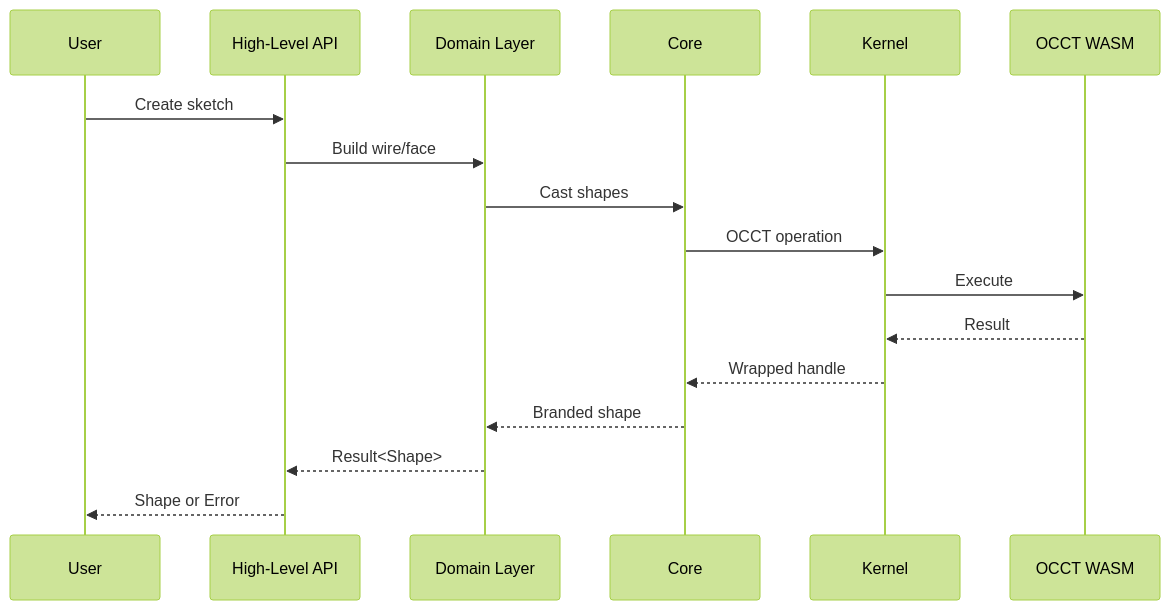
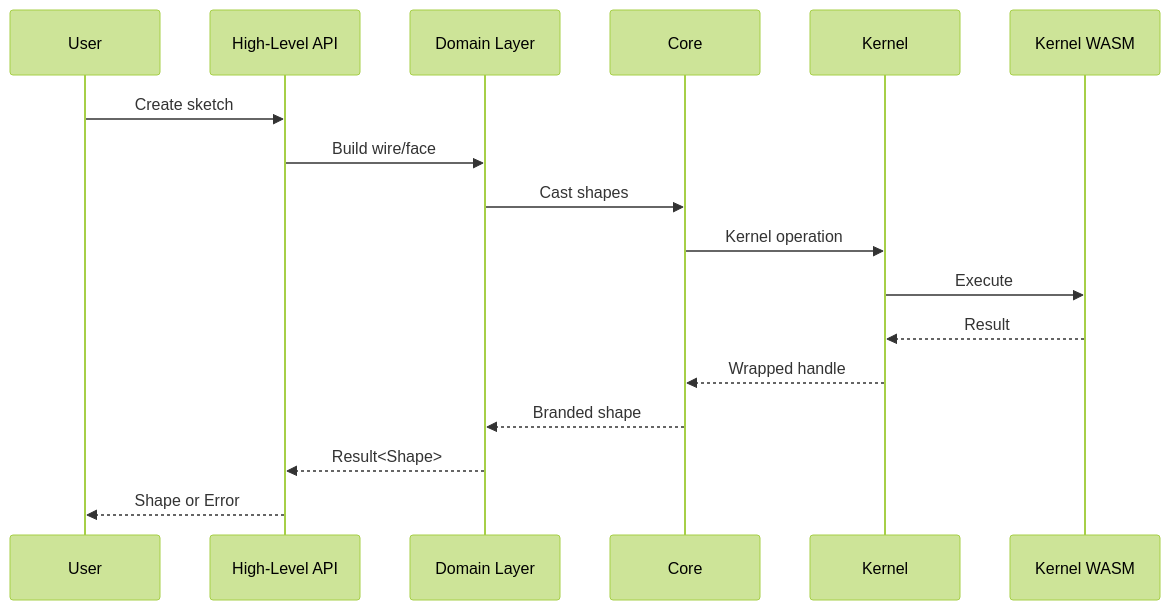
One commit to andymai/brepjs changed the second of 2 diagrams in docs/architecture.md. Above: the diagram before and after it, drawn with Mermaid (forest theme). The commit also changed other lines of this file and 52 other files, not shown here.

First line of the commit message:
refactor(kernel): complete kernel abstraction and remove OCCT coupling from docs

````diff
--- a/docs/architecture.md
+++ b/docs/architecture.md
@@ -124,20 +124,20 @@
 ```mermaid
 sequenceDiagram
     participant User
     participant API as High-Level API
     participant Domain as Domain Layer
     participant Core
     participant Kernel
-    participant WASM as OCCT WASM
+    participant WASM as Kernel WASM
 
     User->>API: Create sketch
     API->>Domain: Build wire/face
     Domain->>Core: Cast shapes
-    Core->>Kernel: OCCT operation
+    Core->>Kernel: Kernel operation
     Kernel->>WASM: Execute
     WASM-->>Kernel: Result
     Kernel-->>Core: Wrapped handle
     Core-->>Domain: Branded shape
     Domain-->>API: Result<Shape>
     API-->>User: Shape or Error
 ```
````
